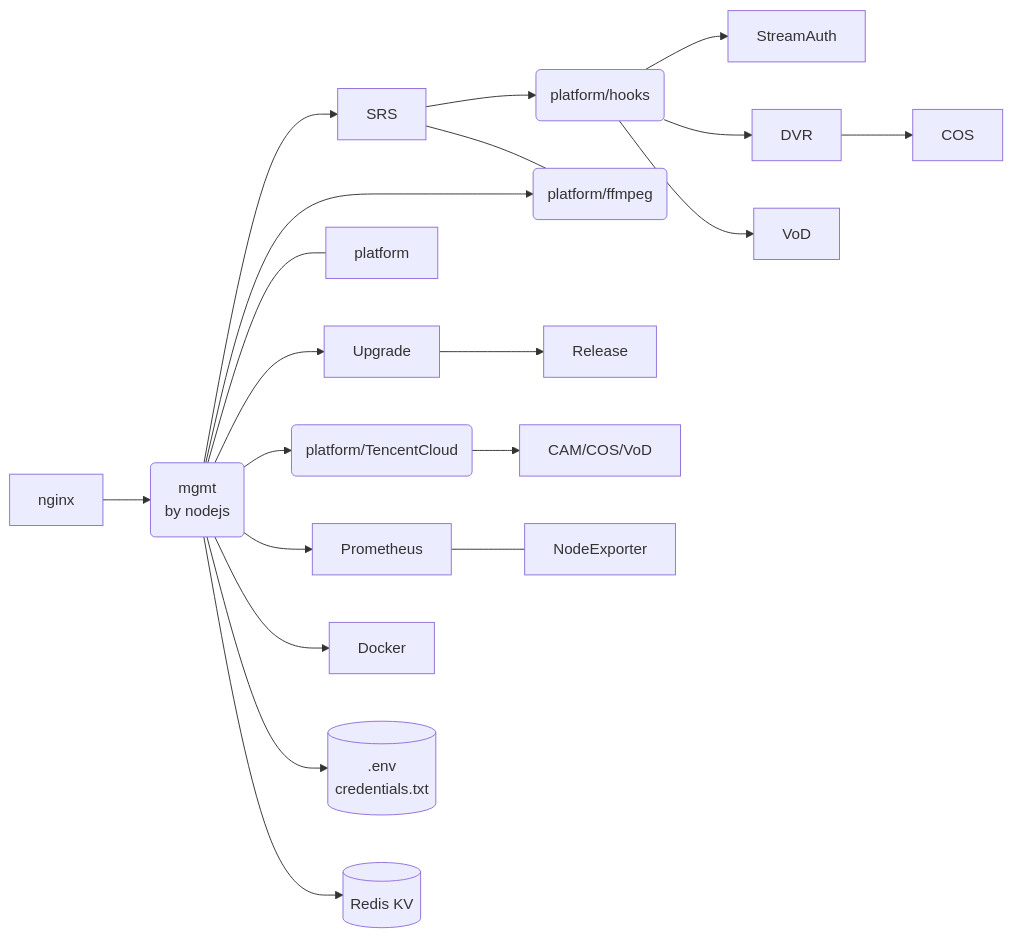
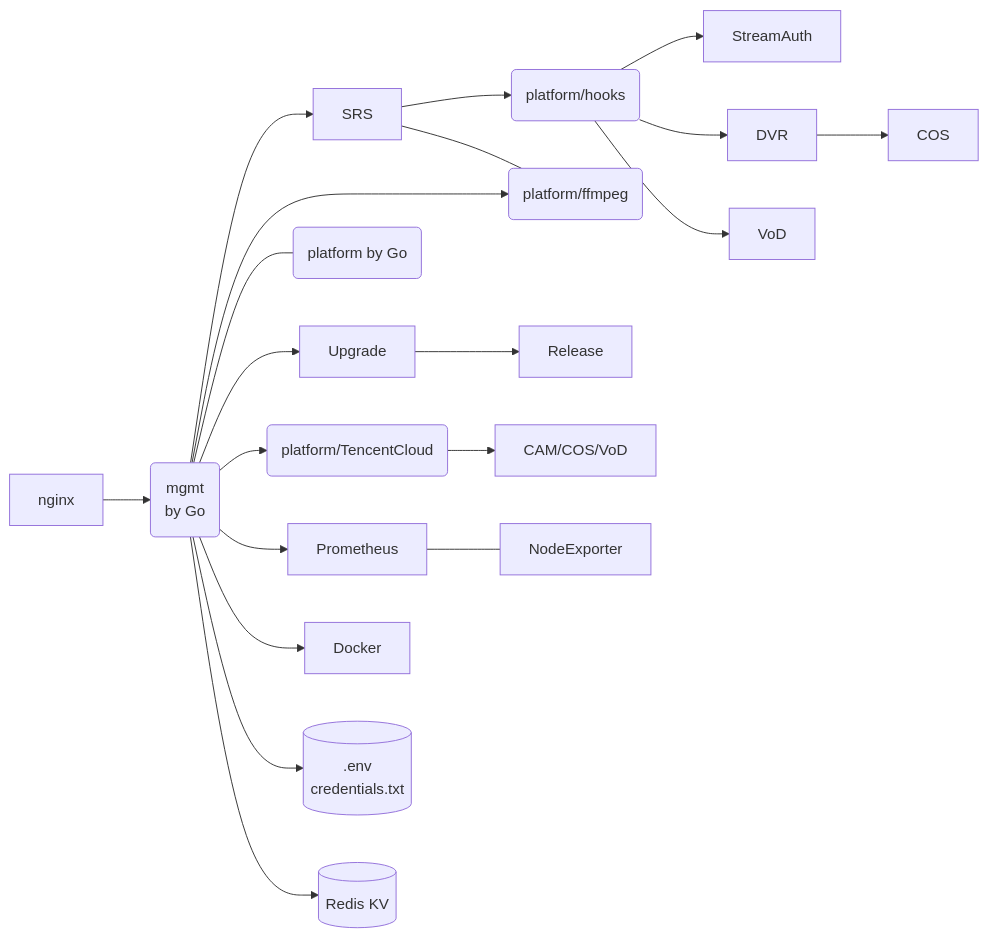
One commit to ossrs/oryx changed the first of 2 diagrams in README.md. Above: the diagram before and after it, drawn with Mermaid. The commit also changed other lines of this file, not shown here.

````diff
--- a/README.md
+++ b/README.md
@@ -77,15 +77,15 @@
 ```mermaid
 flowchart LR;
-  nginx --> mgmt(mgmt<br/>by nodejs);
+  nginx --> mgmt(mgmt<br/>by Go);
   mgmt --> SRS --> Hooks(platform/hooks) --> StreamAuth & DVR & VoD;
   DVR --> COS;
   mgmt --> FFmpeg(platform/ffmpeg);
-  mgmt --- platform;
+  mgmt --- Platform(platform by Go);
   SRS --- FFmpeg(platform/ffmpeg);
   mgmt --> Upgrade --> Release;
   mgmt --> TencentCloud(platform/TencentCloud) --> CAM[CAM/COS/VoD];
   mgmt --> Prometheus --- NodeExporter;
   mgmt --> Docker;
   mgmt --> Env[(.env<br/>credentials.txt)];
   mgmt --> Redis[(Redis KV)];
 ```
````
